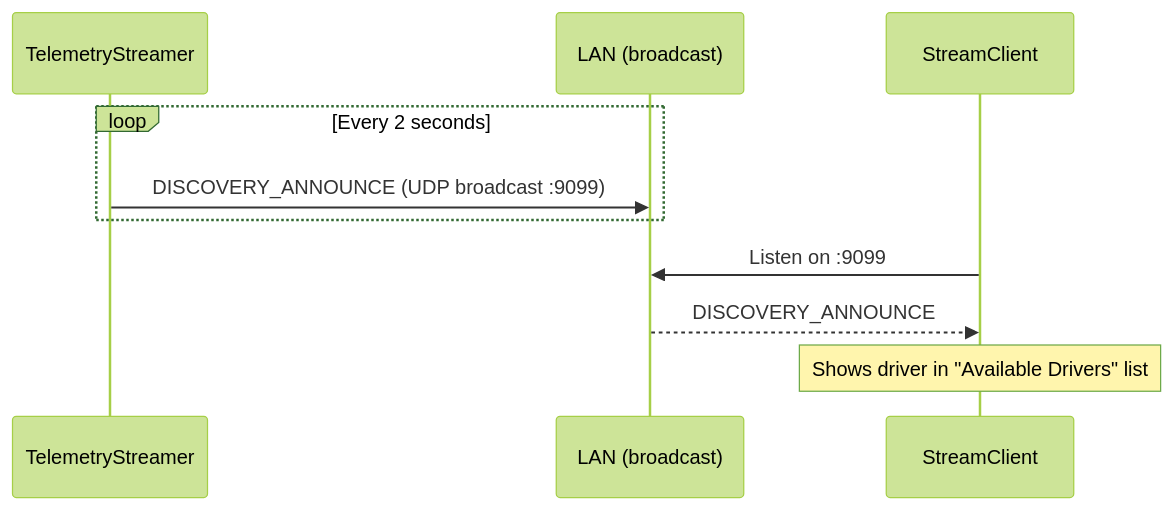
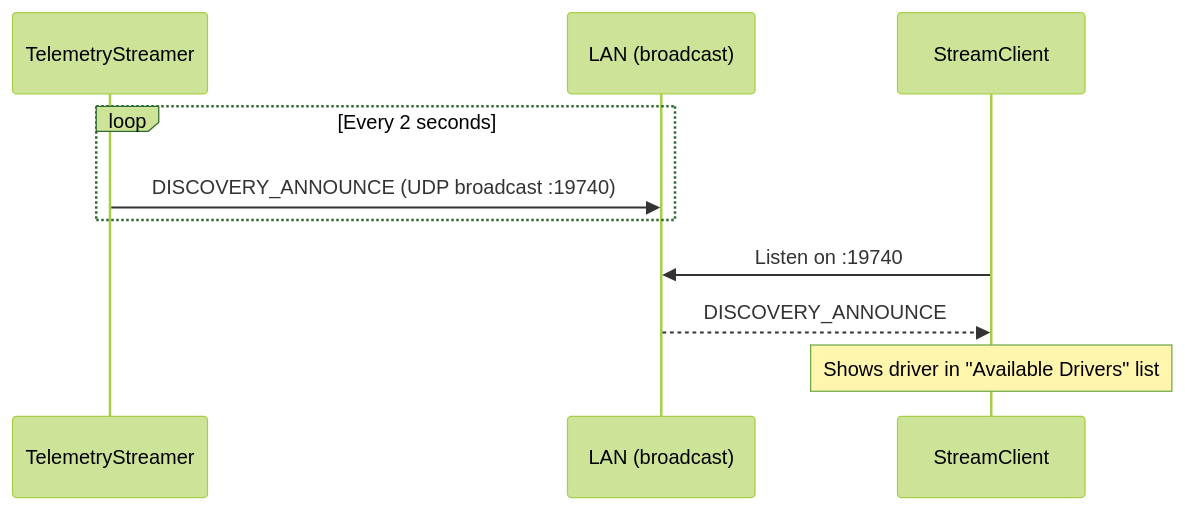
Before and after one commit to SeamusMullan/TeleMU: the first of 4 diagrams in docs/docs/streaming/protocol.md, drawn with Mermaid (forest theme). The commit also changed other lines of this file and 5 other files, not shown here.

````diff
--- a/docs/docs/streaming/protocol.md
+++ b/docs/docs/streaming/protocol.md
@@ -18,14 +18,14 @@
 ```mermaid
 sequenceDiagram
     participant Driver as TelemetryStreamer
     participant LAN as LAN (broadcast)
     participant Engineer as StreamClient
 
     loop Every 2 seconds
-        Driver->>LAN: DISCOVERY_ANNOUNCE (UDP broadcast :9099)
+        Driver->>LAN: DISCOVERY_ANNOUNCE (UDP broadcast :19740)
     end
 
-    Engineer->>LAN: Listen on :9099
+    Engineer->>LAN: Listen on :19740
     LAN-->>Engineer: DISCOVERY_ANNOUNCE
     Note over Engineer: Shows driver in "Available Drivers" list
 ```
````
